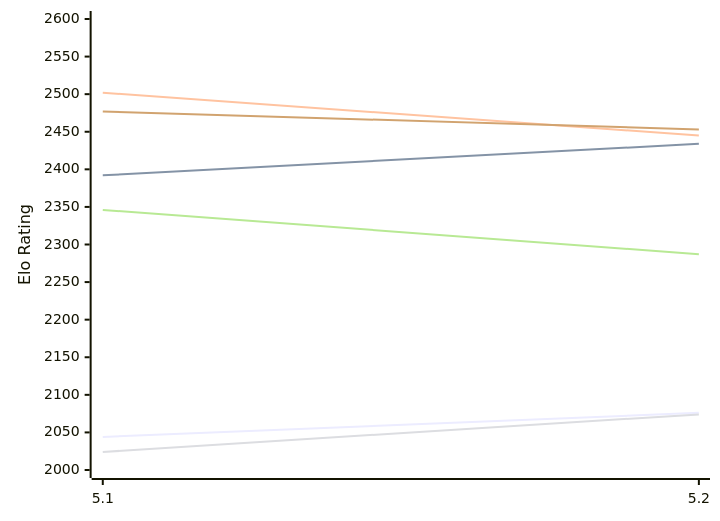
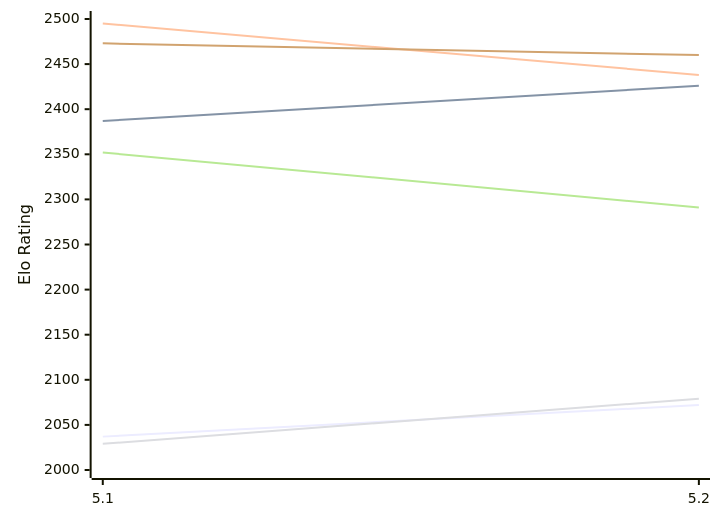
Before and after one commit to computer-chess-index/cci: the first of 2 diagrams in engines/Prophet.md, drawn with Mermaid. The commit also changed other lines of this file, not shown here.

Commit message:
Update CCI Ratings (ELO VLTC) - 2026-11-18

````diff
--- a/engines/Prophet.md
+++ b/engines/Prophet.md
@@ -50,12 +50,12 @@
 ```mermaid
 %%{init: {"theme":"base","themeVariables":{"seriesColors:['#a3a3a3','#222221','#faa371']}}}%%
 xychart-beta
   x-axis ["5.1", "5.2"]
-  y-axis "Elo Rating" 2000 --> 2600
-  line "E1: STC (8.0+0.08s)" [2044, 2076]
-  line "E1: LTC (60.0+0.60s)" [2392, 2434]
-  line "E1: VLTC (2m24s+1.12s)" [2502, 2445]
-  line "P1: STC (8.0+0.08s)" [2024, 2074]
-  line "P1: LTC (60.0+0.60s)" [2346, 2287]
-  line "P1: VLTC (2m24s+1.12s)" [2477, 2453]
+  y-axis "Elo Rating" 2000 --> 2500
+  line "E1: STC (8.0+0.08s)" [2037, 2072]
+  line "E1: LTC (60.0+0.60s)" [2387, 2426]
+  line "E1: VLTC (2m24s+1.12s)" [2495, 2438]
+  line "P1: STC (8.0+0.08s)" [2029, 2079]
+  line "P1: LTC (60.0+0.60s)" [2352, 2291]
+  line "P1: VLTC (2m24s+1.12s)" [2473, 2460]
 ```
````
